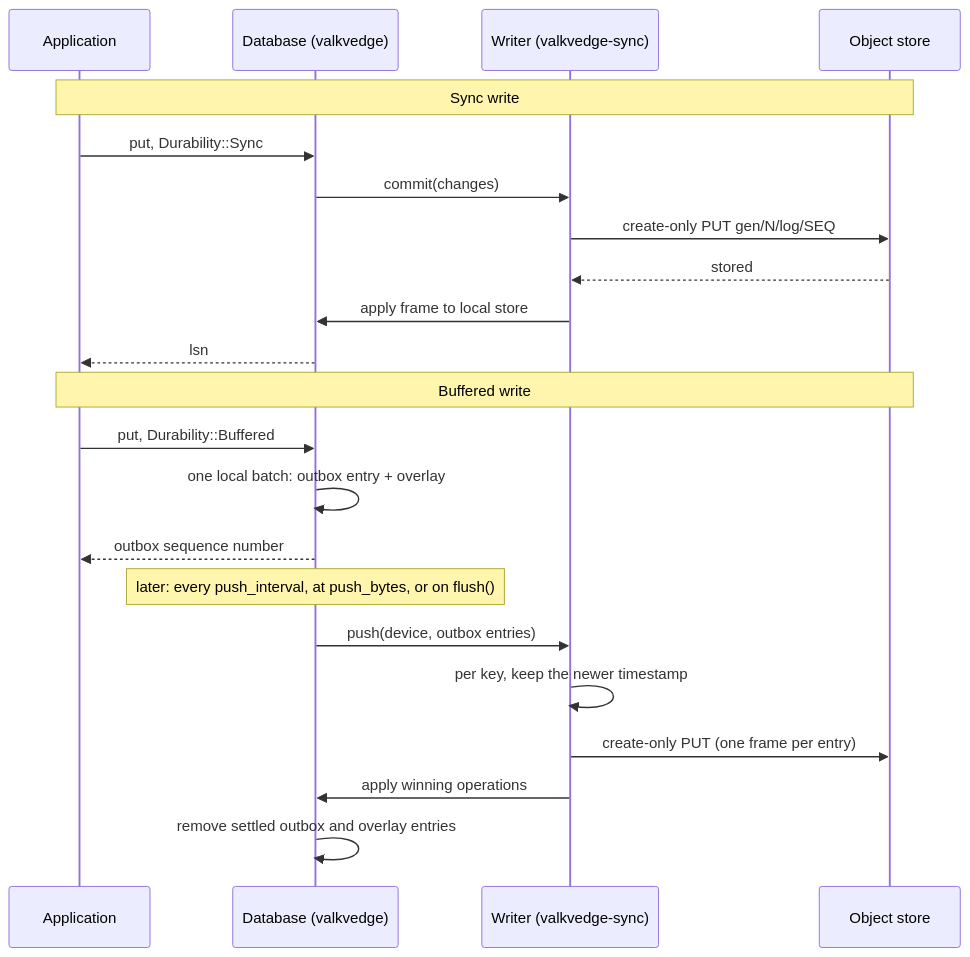
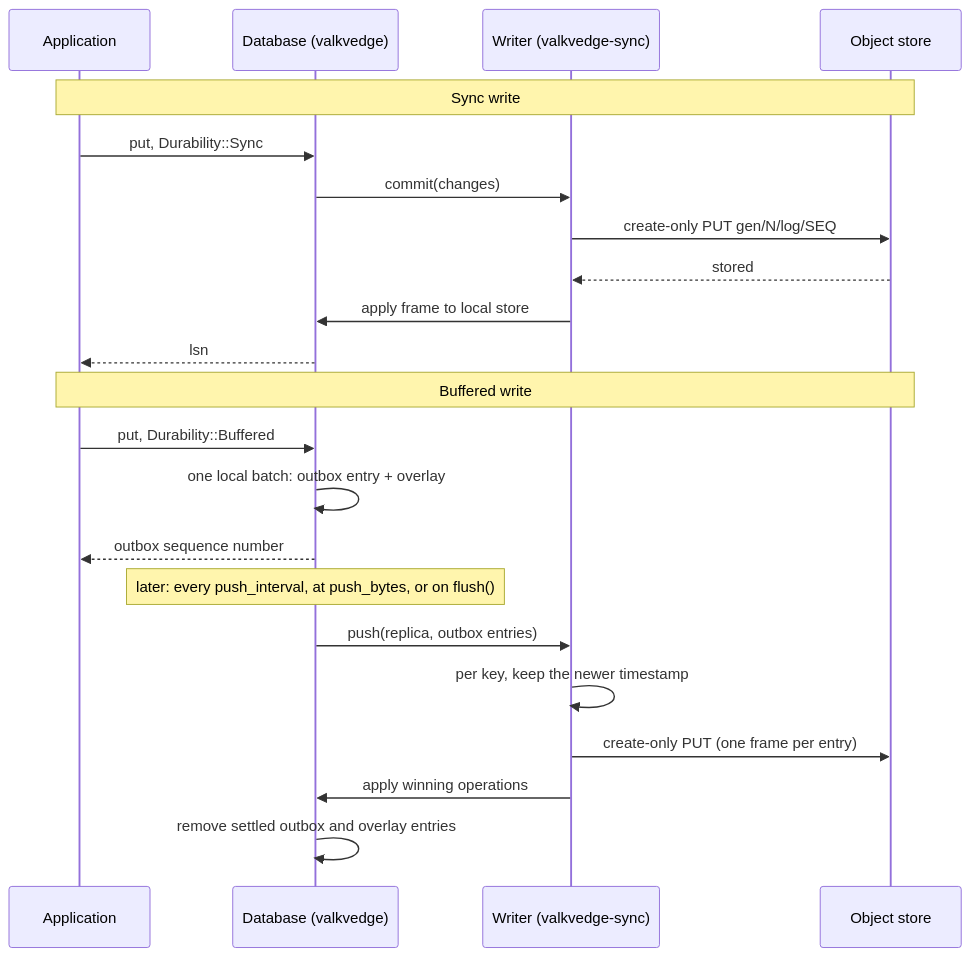
The third of 4 diagrams in docs/components.md (VALKV-LABS/libvalkvedge), drawn with Mermaid before and after one commit. The commit also changed other lines of this file and 18 other files, not shown here.

````diff
--- a/docs/components.md
+++ b/docs/components.md
@@ -120,26 +120,26 @@
 ```mermaid
 sequenceDiagram
     participant App as Application
     participant Db as Database (valkvedge)
     participant W as Writer (valkvedge-sync)
     participant S as Object store
 
     Note over App,S: Sync write
     App->>Db: put, Durability::Sync
     Db->>W: commit(changes)
     W->>S: create-only PUT gen/N/log/SEQ
     S-->>W: stored
     W->>Db: apply frame to local store
     Db-->>App: lsn
 
     Note over App,S: Buffered write
     App->>Db: put, Durability::Buffered
     Db->>Db: one local batch: outbox entry + overlay
     Db-->>App: outbox sequence number
     Note over Db: later: every push_interval, at push_bytes, or on flush()
-    Db->>W: push(device, outbox entries)
+    Db->>W: push(replica, outbox entries)
     W->>W: per key, keep the newer timestamp
     W->>S: create-only PUT (one frame per entry)
     W->>Db: apply winning operations
     Db->>Db: remove settled outbox and overlay entries
 ```
````
